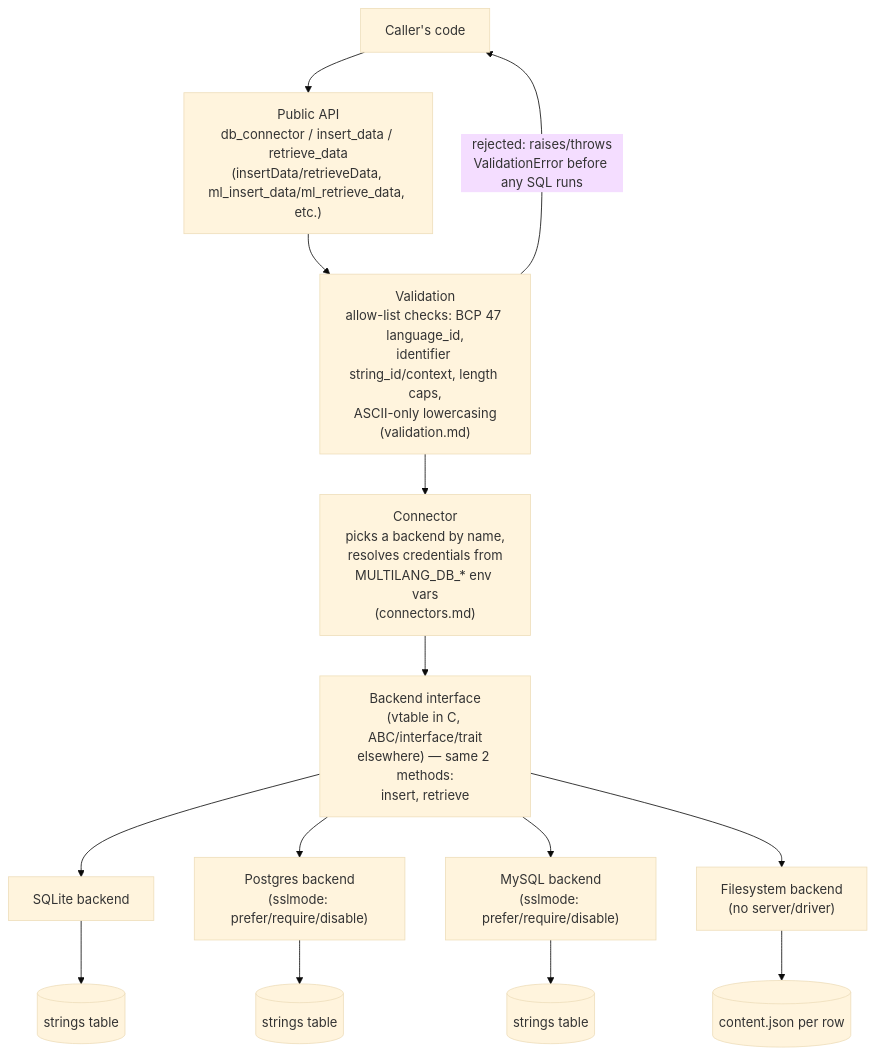
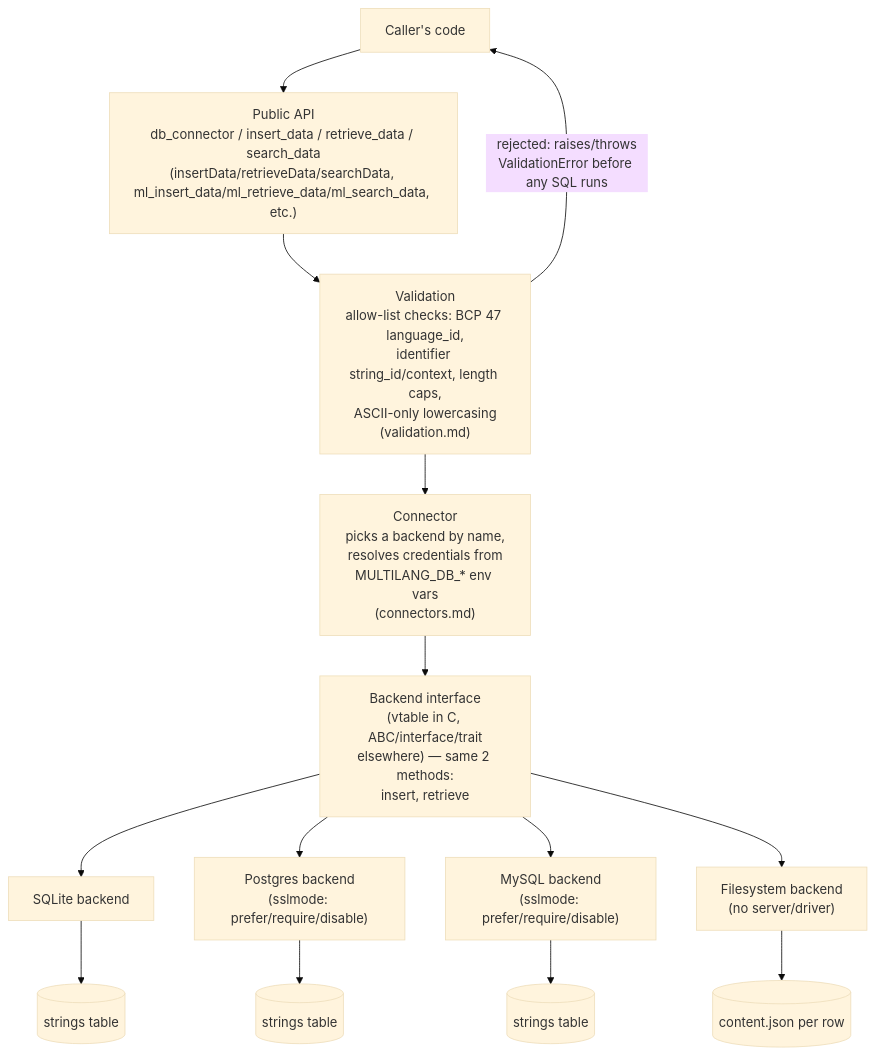
Before and after one commit to rmahique/multilang-lib: the first of 4 diagrams in docs/architecture.md, drawn with Mermaid (base theme). The commit also changed other lines of this file and 79 other files, not shown here.

First line of the commit message:
Add search_data: regex/natural/exact search across all five ports

````diff
--- a/docs/architecture.md
+++ b/docs/architecture.md
@@ -14,16 +14,16 @@
 ```mermaid
 flowchart TD
-    App["Caller's code"] --> Pub["Public API\ndb_connector / insert_data / retrieve_data\n(insertData/retrieveData, ml_insert_data/ml_retrieve_data, etc.)"]
+    App["Caller's code"] --> Pub["Public API\ndb_connector / insert_data / retrieve_data / search_data\n(insertData/retrieveData/searchData, ml_insert_data/ml_retrieve_data/ml_search_data, etc.)"]
     Pub --> Val["Validation\nallow-list checks: BCP 47 language_id,\nidentifier string_id/context, length caps,\nASCII-only lowercasing\n(validation.md)"]
     Val -- "rejected: raises/throws\nValidationError before any SQL runs" --> App
     Val --> Conn["Connector\npicks a backend by name,\nresolves credentials from\nMULTILANG_DB_* env vars\n(connectors.md)"]
     Conn --> Iface["Backend interface\n(vtable in C, ABC/interface/trait\nelsewhere) — same 2 methods:\ninsert, retrieve"]
     Iface --> Sqlite["SQLite backend"]
     Iface --> Pg["Postgres backend\n(sslmode: prefer/require/disable)"]
     Iface --> My["MySQL backend\n(sslmode: prefer/require/disable)"]
     Iface --> Fs["Filesystem backend\n(no server/driver)"]
     Sqlite --> DB1[("strings table")]
     Pg --> DB2[("strings table")]
     My --> DB3[("strings table")]
     Fs --> DB4[("content.json per row")]
 ```
````
